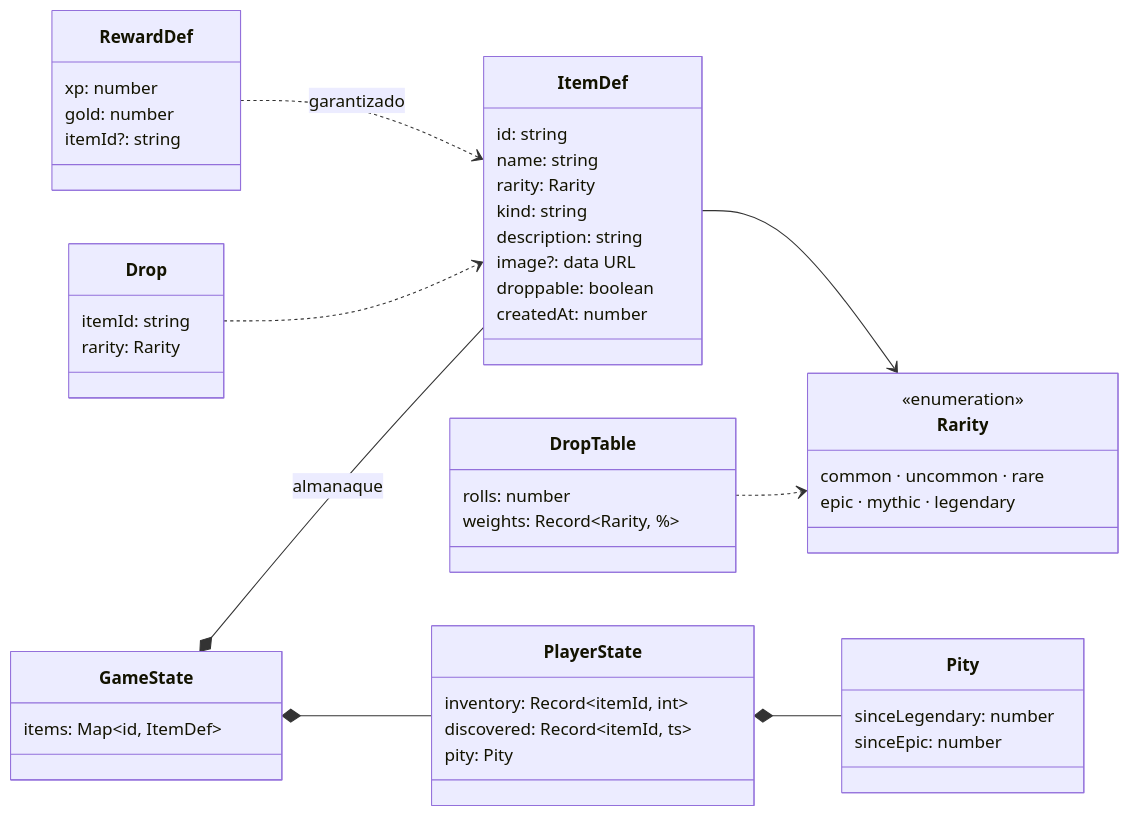
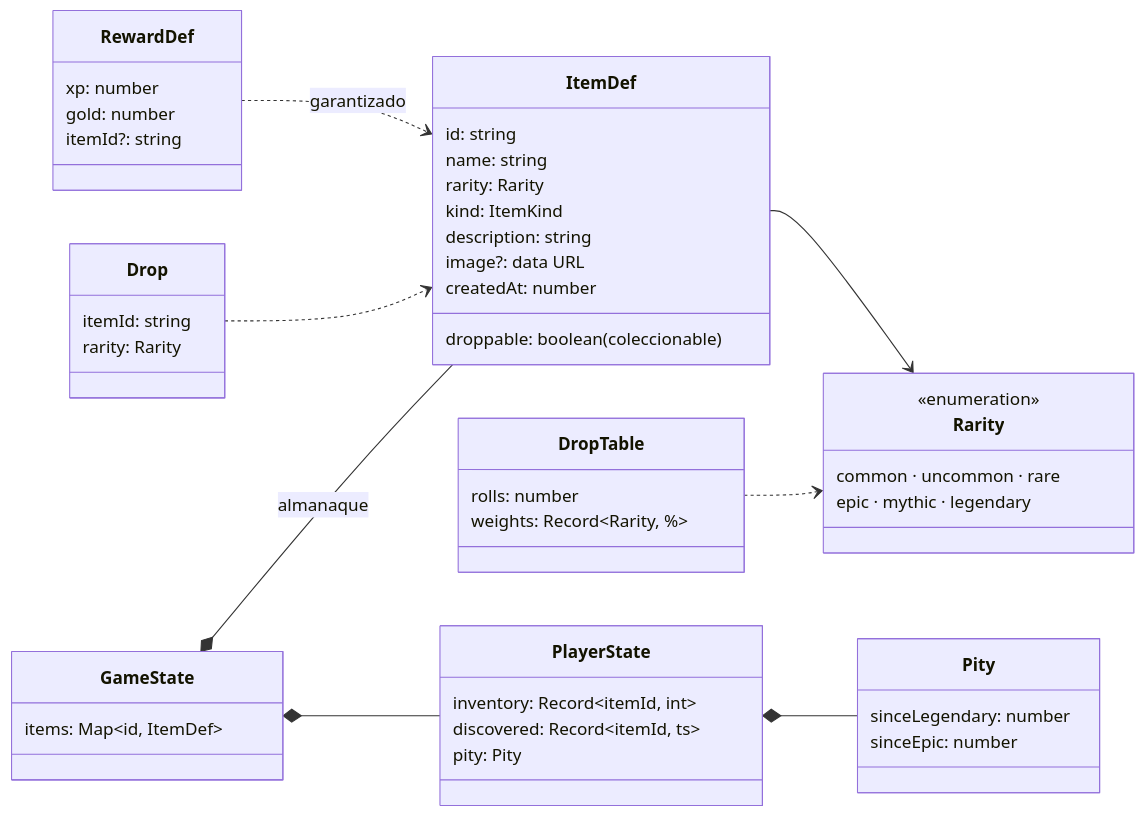
One commit to Carlos-Requena/Quest_Tareas changed the diagram in src/features/items/README.md. Above: the diagram before and after it, drawn with Mermaid. The commit also changed other lines of this file and 41 other files, not shown here.

````diff
--- a/src/features/items/README.md
+++ b/src/features/items/README.md
@@ -129,51 +145,51 @@
 ```mermaid
 classDiagram
     direction LR
     class ItemDef {
         id: string
         name: string
         rarity: Rarity
-        kind: string
+        kind: ItemKind
         description: string
         image?: data URL
-        droppable: boolean
+        droppable: boolean (coleccionable)
         createdAt: number
     }
     class Rarity {
         <<enumeration>>
         common · uncommon · rare
         epic · mythic · legendary
     }
     class RewardDef {
         xp: number
         gold: number
         itemId?: string
     }
     class Drop {
         itemId: string
         rarity: Rarity
     }
     class DropTable {
         rolls: number
         weights: Record~Rarity, %~
     }
     class Pity {
         sinceLegendary: number
         sinceEpic: number
     }
     class PlayerState {
         inventory: Record~itemId, int~
         discovered: Record~itemId, ts~
         pity: Pity
     }
     class GameState {
         items: Map~id, ItemDef~
     }
     ItemDef --> Rarity
     RewardDef ..> ItemDef : garantizado
     Drop ..> ItemDef
     GameState *-- ItemDef : almanaque
     GameState *-- PlayerState
     PlayerState *-- Pity
     DropTable ..> Rarity
 ```
````
